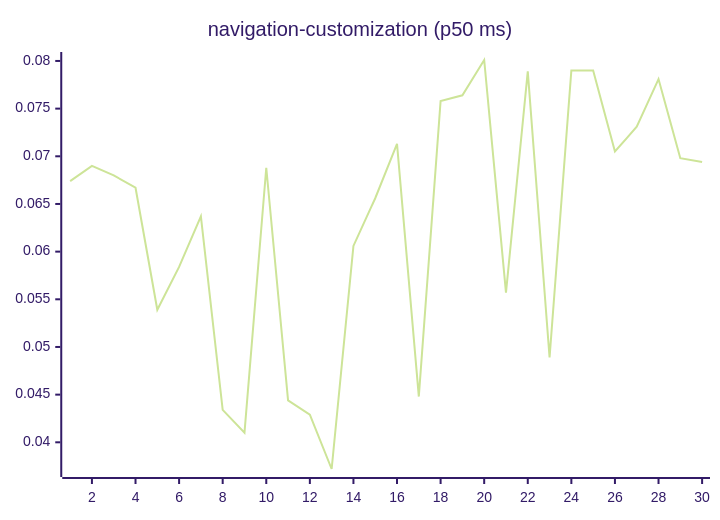
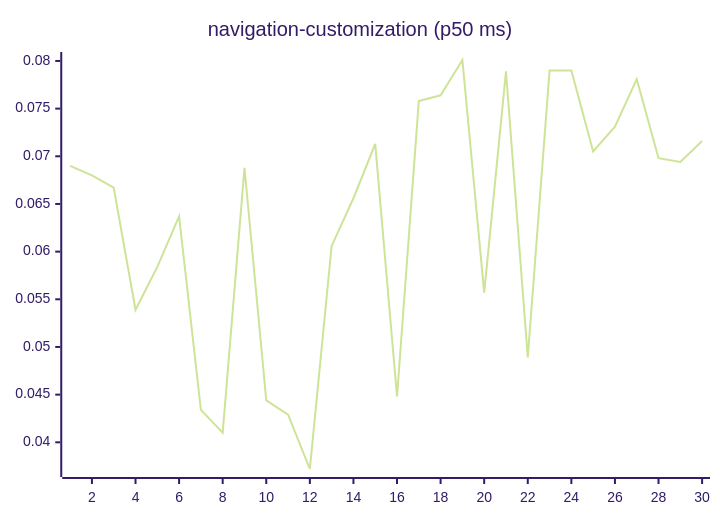
Before and after one commit to josha/Facet: diagram 15 of 27 in README.md, drawn with Mermaid (forest theme). The commit also changed other lines of this file and 2 other files, not shown here.

````diff
--- a/README.md
+++ b/README.md
@@ -161,6 +161,6 @@
 ```mermaid
 xychart-beta
     title "navigation-customization (p50 ms)"
     x-axis 1 --> 30
-    line [0.0674, 0.0690, 0.0680, 0.0667, 0.0539, 0.0584, 0.0637, 0.0434, 0.0410, 0.0688, 0.0444, 0.0429, 0.0372, 0.0606, 0.0656, 0.0713, 0.0448, 0.0758, 0.0764, 0.0801, 0.0557, 0.0789, 0.0489, 0.0790, 0.0790, 0.0705, 0.0731, 0.0781, 0.0698, 0.0694]
+    line [0.0690, 0.0680, 0.0667, 0.0539, 0.0584, 0.0637, 0.0434, 0.0410, 0.0688, 0.0444, 0.0429, 0.0372, 0.0606, 0.0656, 0.0713, 0.0448, 0.0758, 0.0764, 0.0801, 0.0557, 0.0789, 0.0489, 0.0790, 0.0790, 0.0705, 0.0731, 0.0781, 0.0698, 0.0694, 0.0716]
 ```
````
